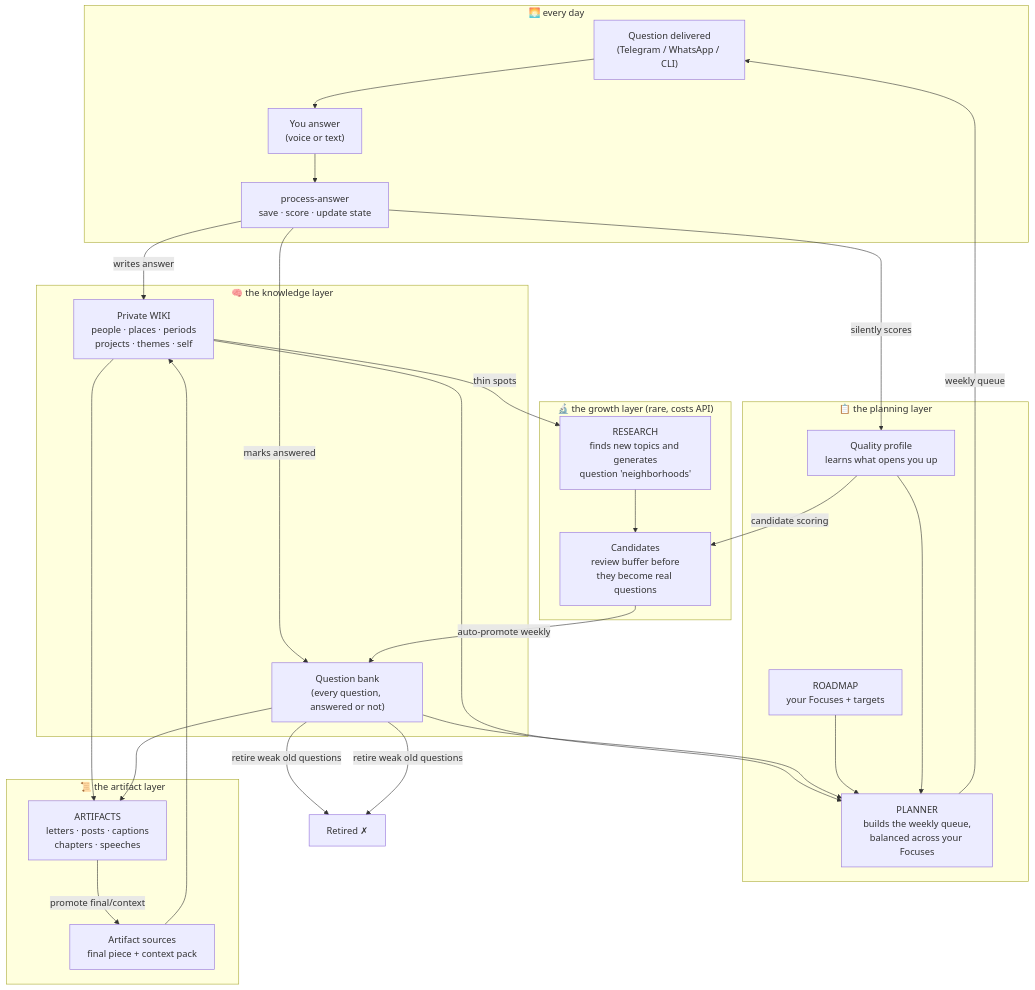
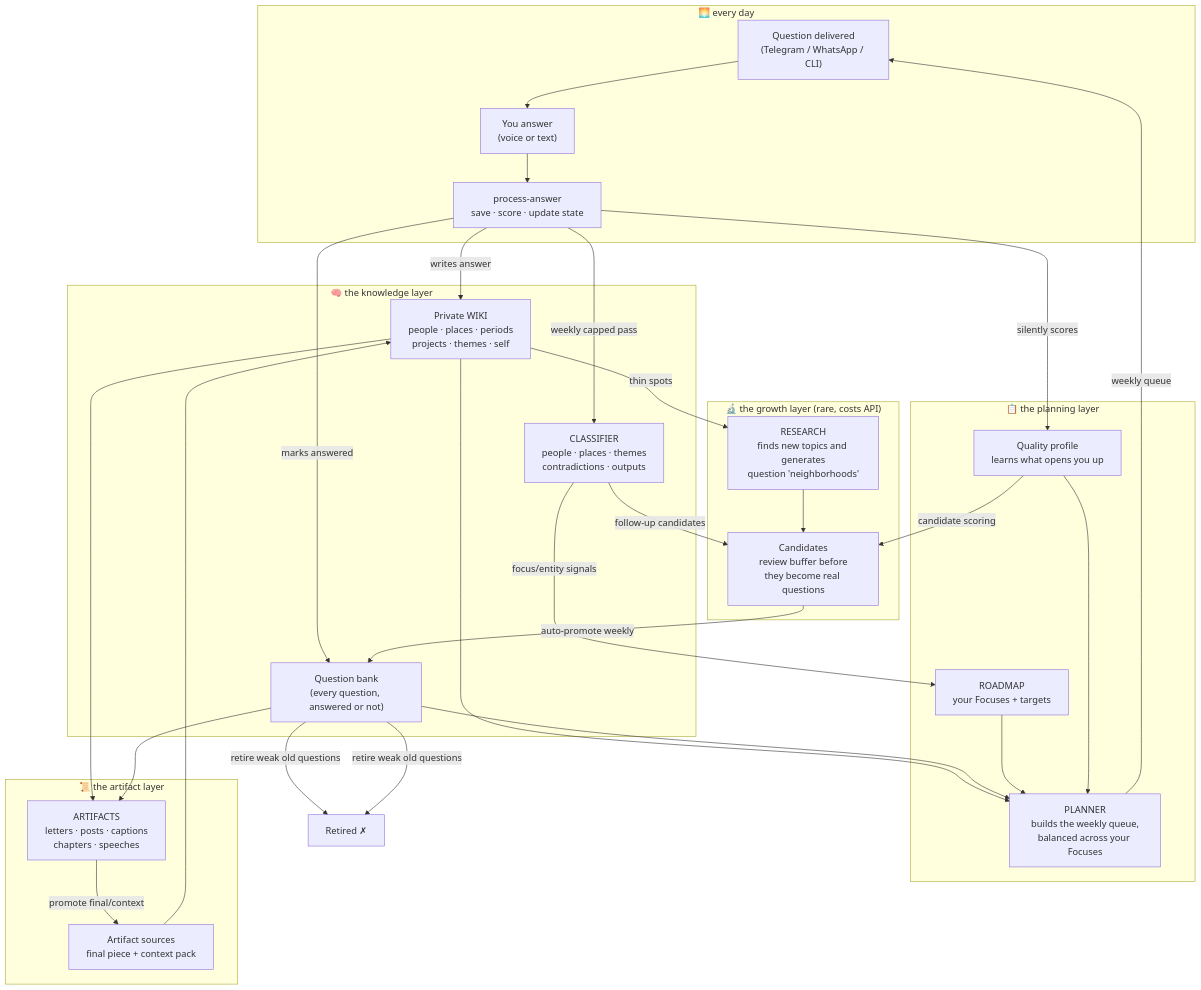
The first of 9 diagrams in README.md (lifehug/lifehug), drawn with Mermaid before and after one commit. The commit also changed other lines of this file and 10 other files, not shown here.

Commit message:
Wire classifier into weekly learning loop

````diff
--- a/README.md
+++ b/README.md
@@ -42,50 +42,54 @@
 ```mermaid
 flowchart TB
     subgraph daily["🌅 every day"]
         Q["Question delivered<br/>(Telegram / WhatsApp / CLI)"]
         A["You answer<br/>(voice or text)"]
         P["process-answer<br/>save · score · update state"]
         Q --> A --> P
     end
 
     subgraph brain["🧠 the knowledge layer"]
         W["Private WIKI<br/>people · places · periods<br/>projects · themes · self"]
+        CL["CLASSIFIER<br/>people · places · themes<br/>contradictions · outputs"]
         QB["Question bank<br/>(every question, answered or not)"]
     end
 
     subgraph think["📋 the planning layer"]
         PL["PLANNER<br/>builds the weekly queue,<br/>balanced across your Focuses"]
         RM["ROADMAP<br/>your Focuses + targets"]
         QP["Quality profile<br/>learns what opens you up"]
     end
 
     subgraph grow["🔬 the growth layer (rare, costs API)"]
         RE["RESEARCH<br/>finds new topics and generates<br/>question 'neighborhoods'"]
         CA["Candidates<br/>review buffer before<br/>they become real questions"]
     end
 
     subgraph make["📜 the artifact layer"]
         OUT["ARTIFACTS<br/>letters · posts · captions<br/>chapters · speeches"]
         SRC["Artifact sources<br/>final piece + context pack"]
     end
 
     P -->|writes answer| W
+    P -->|weekly capped pass| CL
     P -->|marks answered| QB
     P -->|silently scores| QP
+    CL -->|follow-up candidates| CA
+    CL -->|focus/entity signals| RM
     W --> PL
     QB --> PL
     RM --> PL
     QP --> PL
     PL -->|weekly queue| Q
     W -->|thin spots| RE
     RE --> CA
     CA -->|auto-promote weekly| QB
     QB -->|retire weak old questions| RETIRED["Retired ✗"]
 
     W --> OUT
     QB --> OUT
     OUT -->|promote final/context| SRC
     SRC --> W
     QP -->|candidate scoring| CA
     QB -->|retire weak old questions| RETIRED["Retired ✗"]
 ```
````
